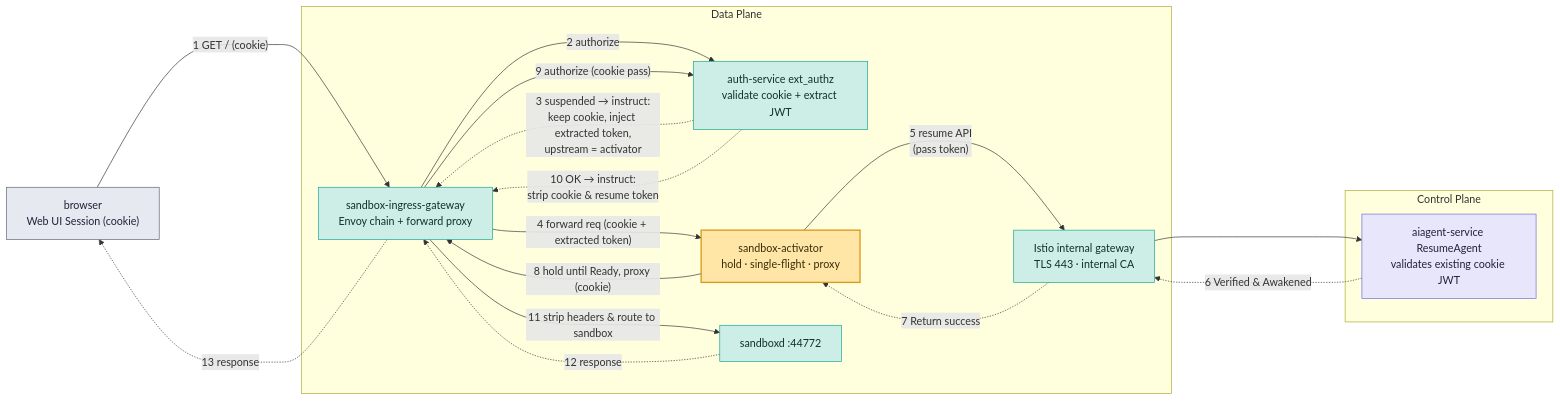
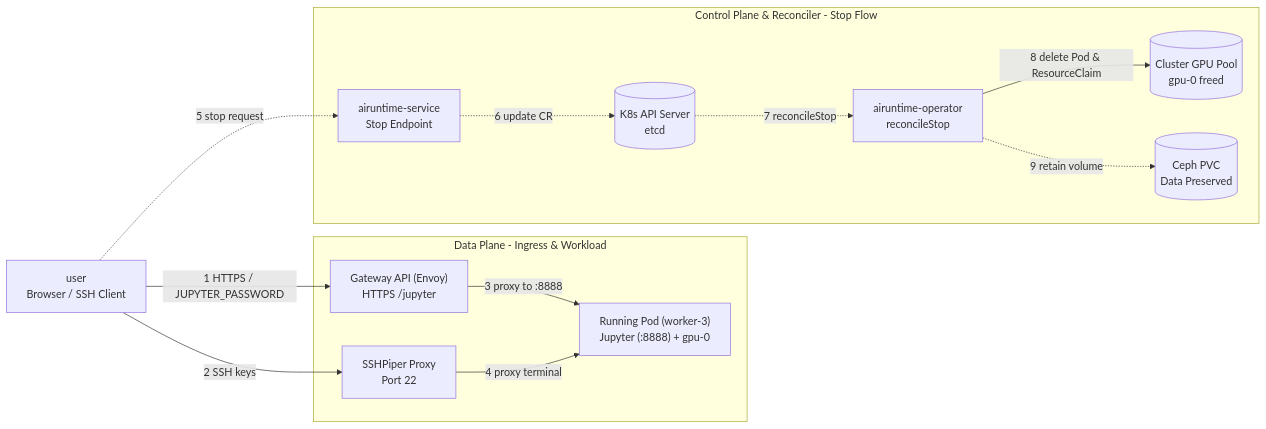
The third of 3 diagrams in README.md (chandini1727/documentation-), drawn with Mermaid before and after one commit. The commit also changed other lines of this file, not shown here.

````diff
--- a/README.md
+++ b/README.md
@@ -102,36 +295,34 @@
 ```mermaid
 flowchart LR
-    cl["browser<br/>Web UI Session (cookie)"]:::store
+    cl["user<br/>Browser / SSH Client"]
 
-    subgraph DP [Data Plane]
-        gw["sandbox-ingress-gateway<br/>Envoy chain + forward proxy"]:::dp
-        az["auth-service ext_authz<br/>validate cookie + extract JWT"]:::dp
-        act["sandbox-activator<br/>hold · single-flight · proxy"]:::star
-        igw["Istio internal gateway<br/>TLS 443 · internal CA"]:::dp
-        sd["sandboxd :44772"]:::dp
+    subgraph DP["Data Plane - Ingress & Workload"]
+        gw["Gateway API (Envoy)<br/>HTTPS /jupyter"]
+        ssh["SSHPiper Proxy<br/>Port 22"]
+        pod["Running Pod (worker-3)<br/>Jupyter (:8888) + gpu-0"]
     end
 
-    subgraph CP [Control Plane]
-        cp["aiagent-service ResumeAgent<br/>validates existing cookie JWT"]:::cp
+    subgraph CP["Control Plane & Reconciler - Stop Flow"]
+        asvc["airuntime-service<br/>Stop Endpoint"]
+        k8s[("K8s API Server<br/>etcd")]
+        aop["airuntime-operator<br/>reconcileStop"]
+        pool[("Cluster GPU Pool<br/>gpu-0 freed")]
+        pvc[("Ceph PVC<br/>Data Preserved")]
     end
 
-    cl --->|"1 GET / (cookie)"| gw
-    gw --->|"2 authorize"| az
-    az -..->|"3 suspended → instruct:<br/>keep cookie, inject extracted token,<br/>upstream = activator"| gw
-    gw --->|"4 forward req (cookie + extracted token)"| act
-    act --->|"5 resume API<br/>(pass token)"| igw
-    igw ---> cp
-    cp -..->|"6 Verified & Awakened"| igw
-    igw -..->|"7 Return success"| act
-    act --->|"8 hold until Ready, proxy (cookie)"| gw
-    gw --->|"9 authorize (cookie pass)"| az
-    az -..->|"10 OK → instruct:<br/>strip cookie & resume token"| gw
-    gw --->|"11 strip headers & route to sandbox"| sd
-    sd -..->|"12 response"| gw
-    gw -..->|"13 response"| cl
+    cl -->|"1 HTTPS / JUPYTER_PASSWORD"| gw
+    cl -->|"2 SSH keys"| ssh
+    gw -->|"3 proxy to :8888"| pod
+    ssh -->|"4 proxy terminal"| pod
+
+    cl -.->|"5 stop request"| asvc
+    asvc -.->|"6 update CR"| k8s
+    k8s -.->|"7 reconcileStop"| aop
+    aop -->|"8 delete Pod & ResourceClaim"| pool
+    aop -.->|"9 retain volume"| pvc
 
     classDef cp fill:#e7e6fb,stroke:#6b6be0,color:#20233a
     classDef dp fill:#cdeee7,stroke:#12a594,color:#10302b
     classDef star fill:#ffe6a7,stroke:#d99a1c,stroke-width:2px,color:#3a2c07
     classDef store fill:#e6e9ef,stroke:#5b6472,color:#20233a
 ```
````
